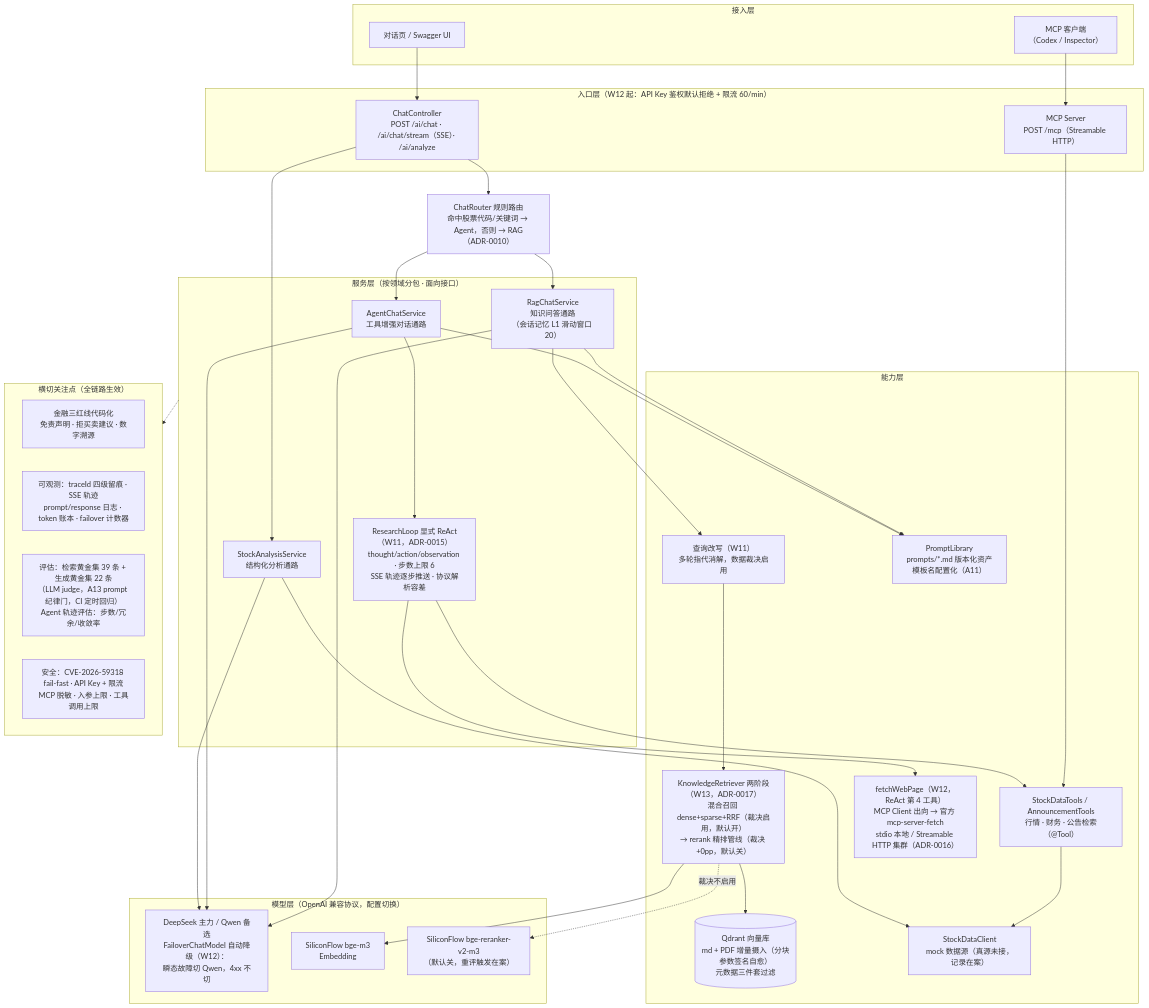
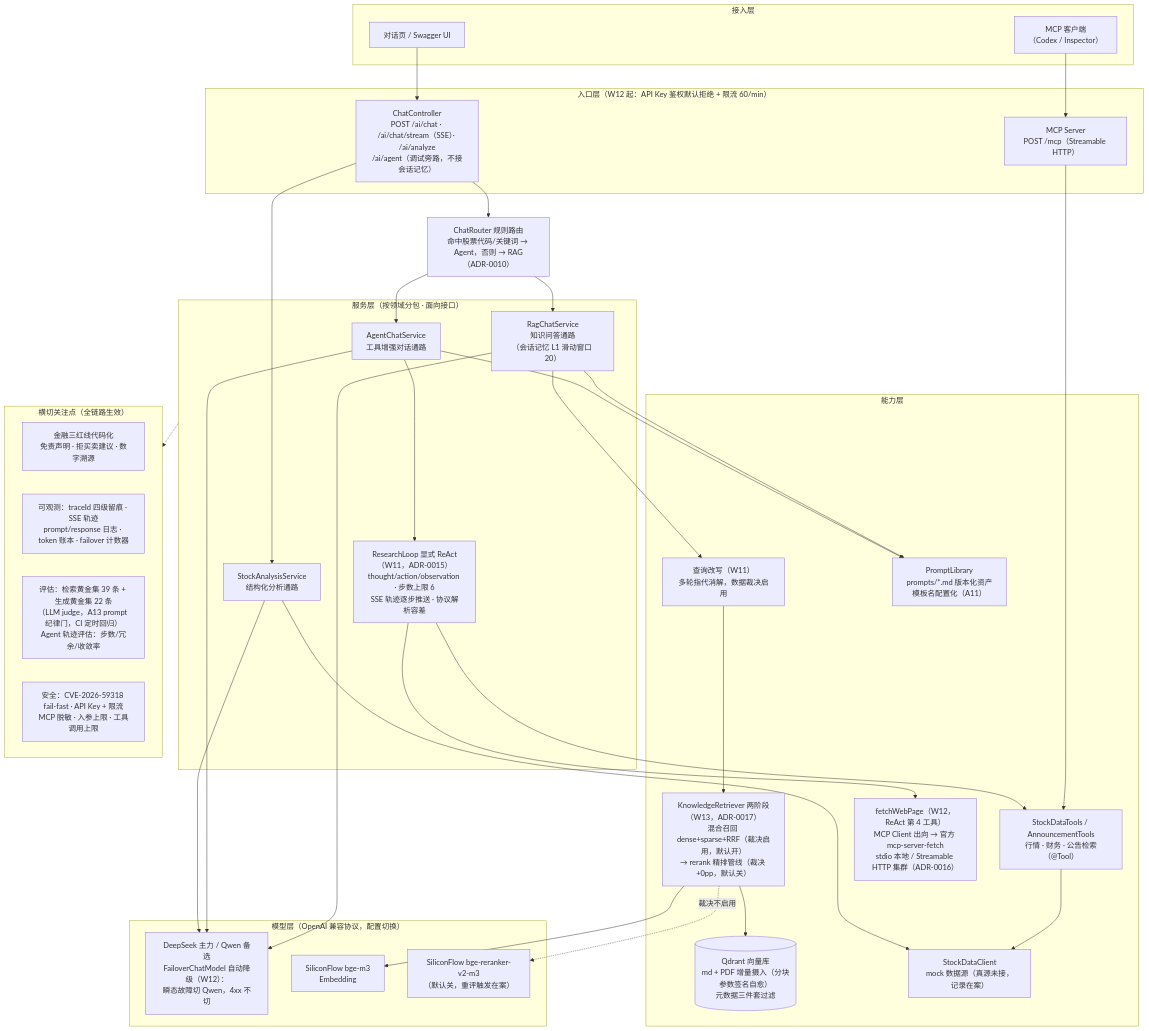
Before and after one commit to GuohuiYin/ai-evolution: the diagram in README.md, drawn with Mermaid. The commit also changed other lines of this file and 4 other files, not shown here.

Commit message:
chore(release): 版本 0.2.0-m2-SNAPSHOT → 0.3.0-m3（M3 收官发版，5 处活引用）+ 架构图补 /ai/agent 调试旁路端点

````diff
--- a/README.md
+++ b/README.md
@@ -60,63 +60,63 @@
 ```mermaid
 flowchart TB
     subgraph clients["接入层"]
         UI["对话页 / Swagger UI"]
         MCPClient["MCP 客户端<br/>（Codex / Inspector）"]
     end
 
     subgraph entry["入口层（W12 起：API Key 鉴权默认拒绝 + 限流 60/min）"]
-        Ctrl["ChatController<br/>POST /ai/chat · /ai/chat/stream（SSE）· /ai/analyze"]
+        Ctrl["ChatController<br/>POST /ai/chat · /ai/chat/stream（SSE）· /ai/analyze<br/>/ai/agent（调试旁路，不接会话记忆）"]
         MCPServer["MCP Server<br/>POST /mcp（Streamable HTTP）"]
     end
 
     Router["ChatRouter 规则路由<br/>命中股票代码/关键词 → Agent，否则 → RAG<br/>（ADR-0010）"]
 
     subgraph services["服务层（按领域分包 · 面向接口）"]
         RAG["RagChatService<br/>知识问答通路<br/>（会话记忆 L1 滑动窗口 20）"]
         Agent["AgentChatService<br/>工具增强对话通路"]
         Loop["ResearchLoop 显式 ReAct（W11，ADR-0015）<br/>thought/action/observation · 步数上限 6<br/>SSE 轨迹逐步推送 · 协议解析容差"]
         Analyze["StockAnalysisService<br/>结构化分析通路"]
     end
 
     subgraph capability["能力层"]
         Rewrite["查询改写（W11）<br/>多轮指代消解，数据裁决启用"]
         Retriever["KnowledgeRetriever 两阶段（W13，ADR-0017）<br/>混合召回 dense+sparse+RRF（裁决启用，默认开）<br/>→ rerank 精排管线（裁决 +0pp，默认关）"]
         Qdrant[("Qdrant 向量库<br/>md + PDF 增量摄入（分块参数签名自愈）<br/>元数据三件套过滤")]
         Tools["StockDataTools / AnnouncementTools<br/>行情 · 财务 · 公告检索（@Tool）"]
         Fetch["fetchWebPage（W12，ReAct 第 4 工具）<br/>MCP Client 出向 → 官方 mcp-server-fetch<br/>stdio 本地 / Streamable HTTP 集群（ADR-0016）"]
         StockClient["StockDataClient<br/>mock 数据源（真源未接，记录在案）"]
         Prompts["PromptLibrary<br/>prompts/*.md 版本化资产<br/>模板名配置化（A11）"]
     end
 
     subgraph models["模型层（OpenAI 兼容协议，配置切换）"]
         LLM["DeepSeek 主力 / Qwen 备选<br/>FailoverChatModel 自动降级（W12）：<br/>瞬态故障切 Qwen，4xx 不切"]
         Embed["SiliconFlow bge-m3<br/>Embedding"]
         Rerank["SiliconFlow bge-reranker-v2-m3<br/>（默认关，重评触发在案）"]
     end
 
     UI --> Ctrl
     MCPClient --> MCPServer
     MCPServer --> Tools
     Ctrl --> Router
     Router --> RAG & Agent
     Ctrl --> Analyze
     Agent --> Loop
     Loop --> Tools
     Loop --> Fetch
     RAG --> Rewrite --> Retriever --> Qdrant
     RAG --> Prompts
     Agent --> Prompts
     Tools --> StockClient
     Analyze --> StockClient
     Retriever --> Embed
     Retriever -.裁决不启用.-> Rerank
     RAG & Agent & Analyze --> LLM
 
     subgraph cross["横切关注点（全链路生效）"]
         RedLines["金融三红线代码化<br/>免责声明 · 拒买卖建议 · 数字溯源"]
         Obs["可观测：traceId 四级留痕 · SSE 轨迹<br/>prompt/response 日志 · token 账本 · failover 计数器"]
         Eval["评估：检索黄金集 39 条 + 生成黄金集 22 条<br/>（LLM judge，A13 prompt 纪律门，CI 定时回归）<br/>Agent 轨迹评估：步数/冗余/收敛率"]
         Sec["安全：CVE-2026-59318 fail-fast · API Key + 限流<br/>MCP 脱敏 · 入参上限 · 工具调用上限"]
     end
     services -.-> cross
 ```
````
